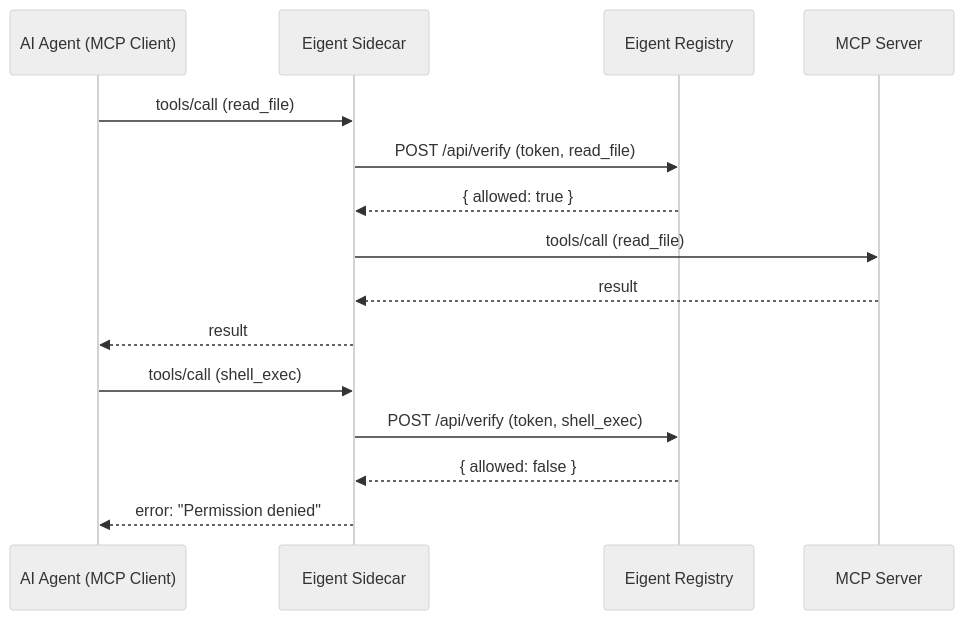
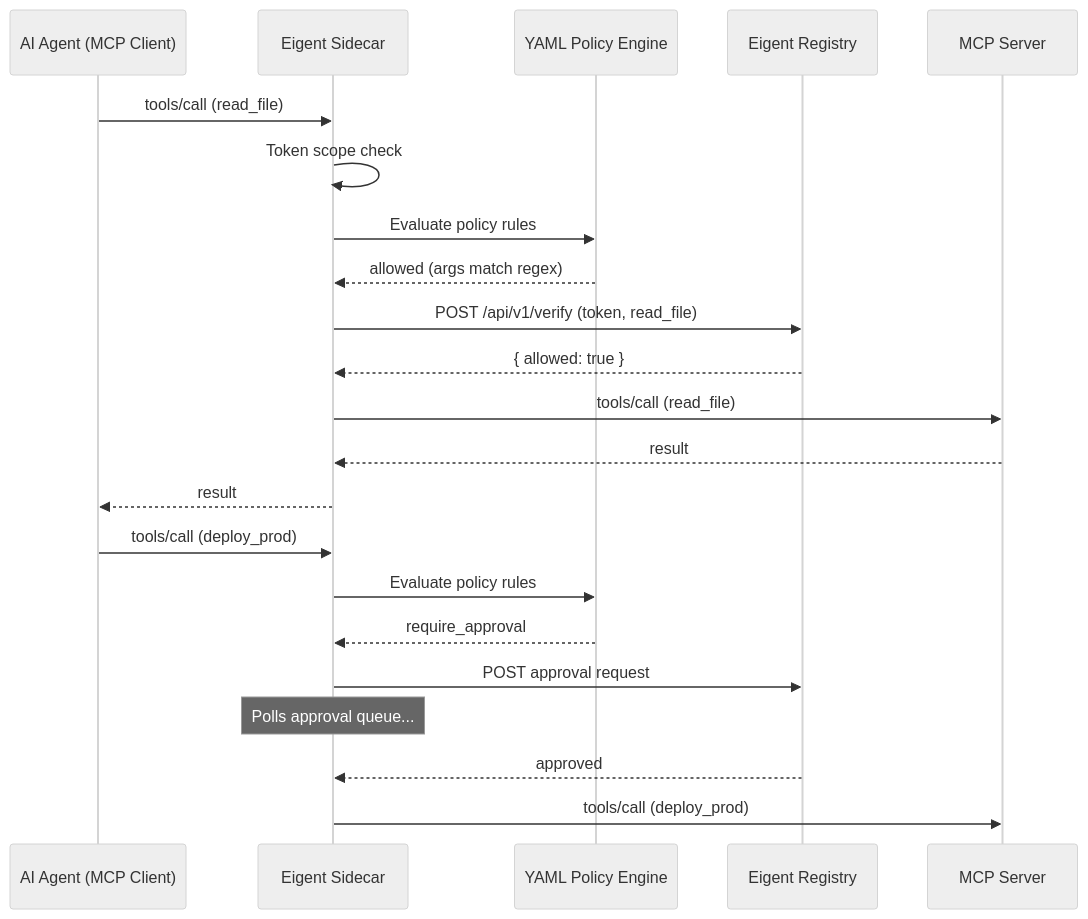
One commit to saichandrasekhar/Eigent changed the diagram in mkdocs-docs/guides/mcp-integration.md. Above: the diagram before and after it, drawn with Mermaid (neutral theme). The commit also changed other lines of this file and 13 other files, not shown here.

````diff
--- a/mkdocs-docs/guides/mcp-integration.md
+++ b/mkdocs-docs/guides/mcp-integration.md
@@ -9,19 +9,26 @@
 ```mermaid
 sequenceDiagram
     participant Agent as AI Agent (MCP Client)
     participant Sidecar as Eigent Sidecar
+    participant Policy as YAML Policy Engine
     participant Registry as Eigent Registry
     participant Server as MCP Server
 
     Agent->>Sidecar: tools/call (read_file)
-    Sidecar->>Registry: POST /api/verify (token, read_file)
+    Sidecar->>Sidecar: Token scope check
+    Sidecar->>Policy: Evaluate policy rules
+    Policy-->>Sidecar: allowed (args match regex)
+    Sidecar->>Registry: POST /api/v1/verify (token, read_file)
     Registry-->>Sidecar: { allowed: true }
     Sidecar->>Server: tools/call (read_file)
     Server-->>Sidecar: result
     Sidecar-->>Agent: result
 
-    Agent->>Sidecar: tools/call (shell_exec)
-    Sidecar->>Registry: POST /api/verify (token, shell_exec)
-    Registry-->>Sidecar: { allowed: false }
-    Sidecar-->>Agent: error: "Permission denied"
+    Agent->>Sidecar: tools/call (deploy_prod)
+    Sidecar->>Policy: Evaluate policy rules
+    Policy-->>Sidecar: require_approval
+    Sidecar->>Registry: POST approval request
+    Note over Sidecar: Polls approval queue...
+    Registry-->>Sidecar: approved
+    Sidecar->>Server: tools/call (deploy_prod)
 ```
````
